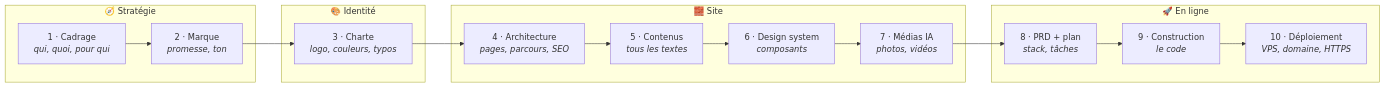
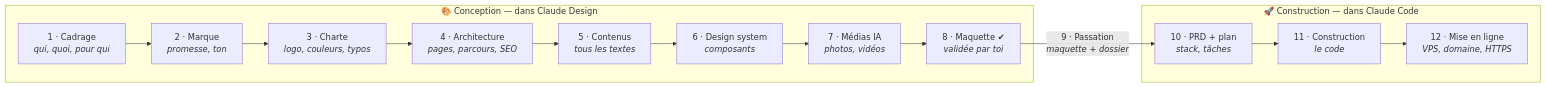
The diagram in README.md (ohvignas/lancetonsite), drawn with Mermaid before and after one commit. The commit also changed other lines of this file and 24 other files, not shown here.

First line of the commit message:
1.1.0 — Conception dans Claude Design, construction dans Claude Code

````diff
--- a/README.md
+++ b/README.md
@@ -44,19 +45,13 @@
 ```mermaid
 flowchart LR
-  subgraph S["🧭 Stratégie"]
-    A1["1 · Cadrage<br/><i>qui, quoi, pour qui</i>"] --> A2["2 · Marque<br/><i>promesse, ton</i>"]
+  subgraph D["🎨 Conception — dans Claude Design"]
+    A1["1 · Cadrage<br/><i>qui, quoi, pour qui</i>"] --> A2["2 · Marque<br/><i>promesse, ton</i>"] --> A3["3 · Charte<br/><i>logo, couleurs, typos</i>"]
+    A3 --> A4["4 · Architecture<br/><i>pages, parcours, SEO</i>"] --> A5["5 · Contenus<br/><i>tous les textes</i>"]
+    A5 --> A6["6 · Design system<br/><i>composants</i>"] --> A7["7 · Médias IA<br/><i>photos, vidéos</i>"]
+    A7 --> A8["8 · Maquette ✔<br/><i>validée par toi</i>"]
   end
-  subgraph I["🎨 Identité"]
-    A3["3 · Charte<br/><i>logo, couleurs, typos</i>"]
+  A8 -- "9 · Passation<br/><i>maquette + dossier</i>" --> A10
+  subgraph C["🚀 Construction — dans Claude Code"]
+    A10["10 · PRD + plan<br/><i>stack, tâches</i>"] --> A11["11 · Construction<br/><i>le code</i>"] --> A12["12 · Mise en ligne<br/><i>VPS, domaine, HTTPS</i>"]
   end
-  subgraph W["🧱 Site"]
-    A4["4 · Architecture<br/><i>pages, parcours, SEO</i>"] --> A5["5 · Contenus<br/><i>tous les textes</i>"]
-    A5 --> A6["6 · Design system<br/><i>composants</i>"]
-    A6 --> A7["7 · Médias IA<br/><i>photos, vidéos</i>"]
-  end
-  subgraph L["🚀 En ligne"]
-    A8["8 · PRD + plan<br/><i>stack, tâches</i>"] --> A9["9 · Construction<br/><i>le code</i>"] --> A10["10 · Déploiement<br/><i>VPS, domaine, HTTPS</i>"]
-  end
-  A2 --> A3 --> A4
-  A7 --> A8
 ```
````
